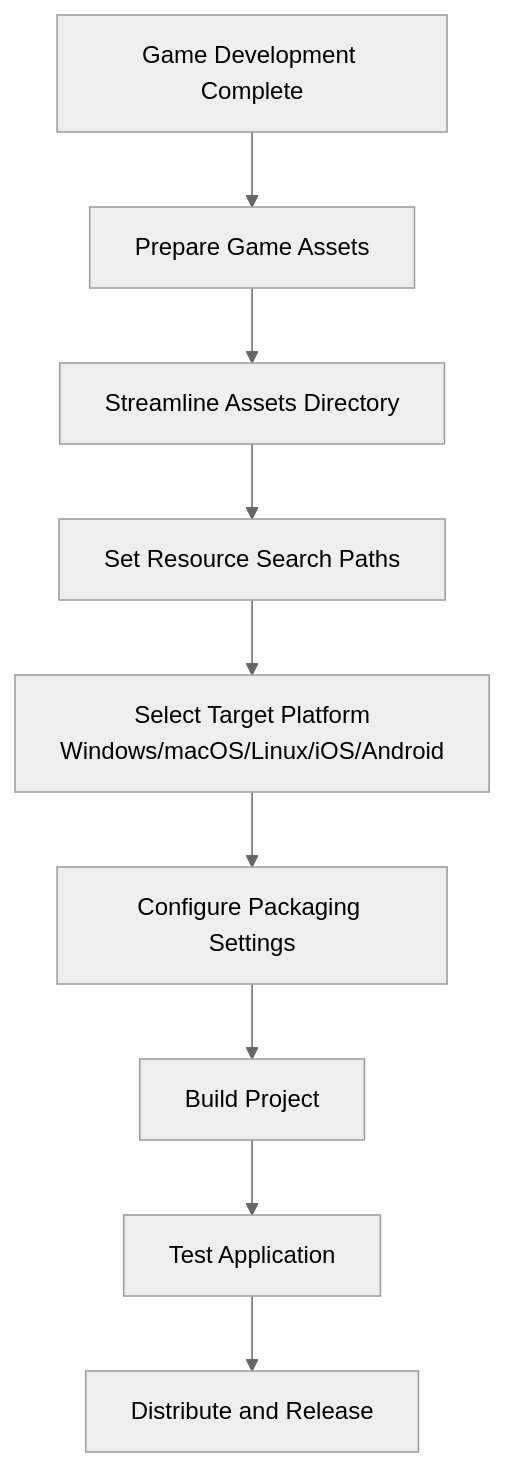
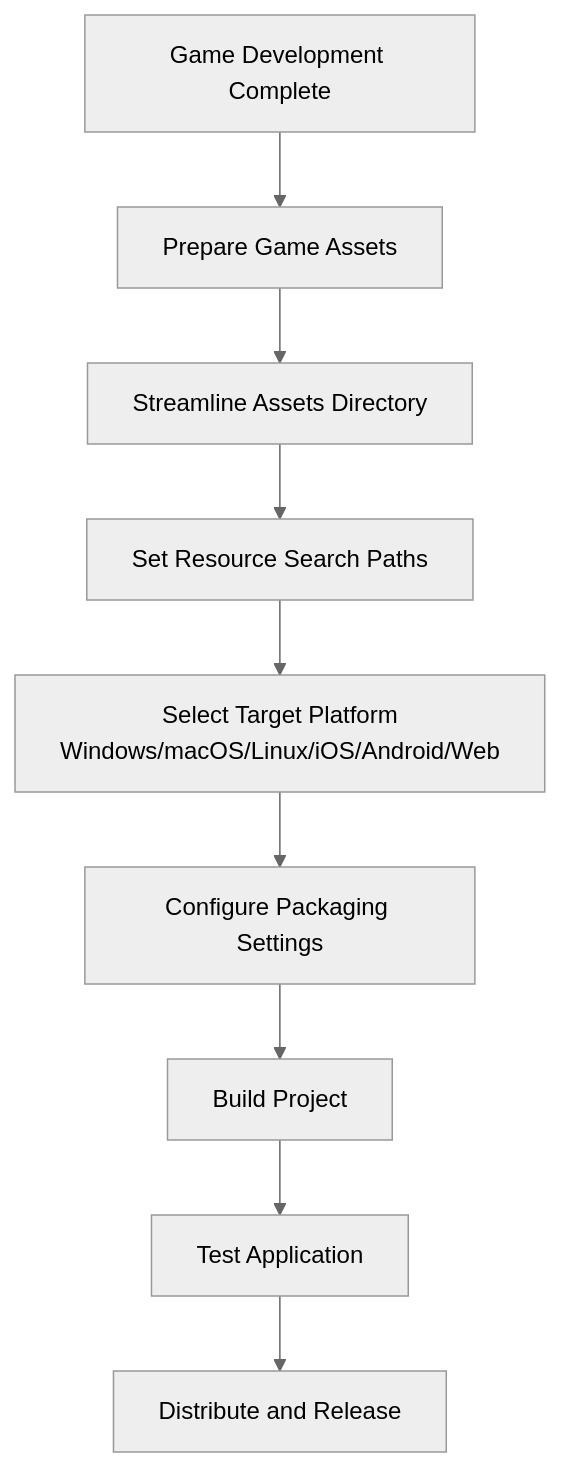
One commit to IppClub/Dora-SSR changed the diagram in Docs/docs/tutorial/130.game-app-pack.mdx. Above: the diagram before and after it, drawn with Mermaid (neutral theme). The commit also changed other lines of this file and 444 other files, not shown here.

````diff
--- a/Docs/docs/tutorial/130.game-app-pack.mdx
+++ b/Docs/docs/tutorial/130.game-app-pack.mdx
@@ -10,13 +10,13 @@
 ```mermaid
 graph TD
     A[Game Development Complete] --> B[Prepare Game Assets]
     B --> C[Streamline Assets Directory]
     C --> D[Set Resource Search Paths]
-    D --> E[Select Target Platform<br/>Windows/macOS/Linux/iOS/Android]
+    D --> E[Select Target Platform<br/>Windows/macOS/Linux/iOS/Android/Web]
 
     E --> F[Configure Packaging Settings]
 
     F --> G[Build Project]
     G --> H[Test Application]
     H --> I[Distribute and Release]
 ```
````
